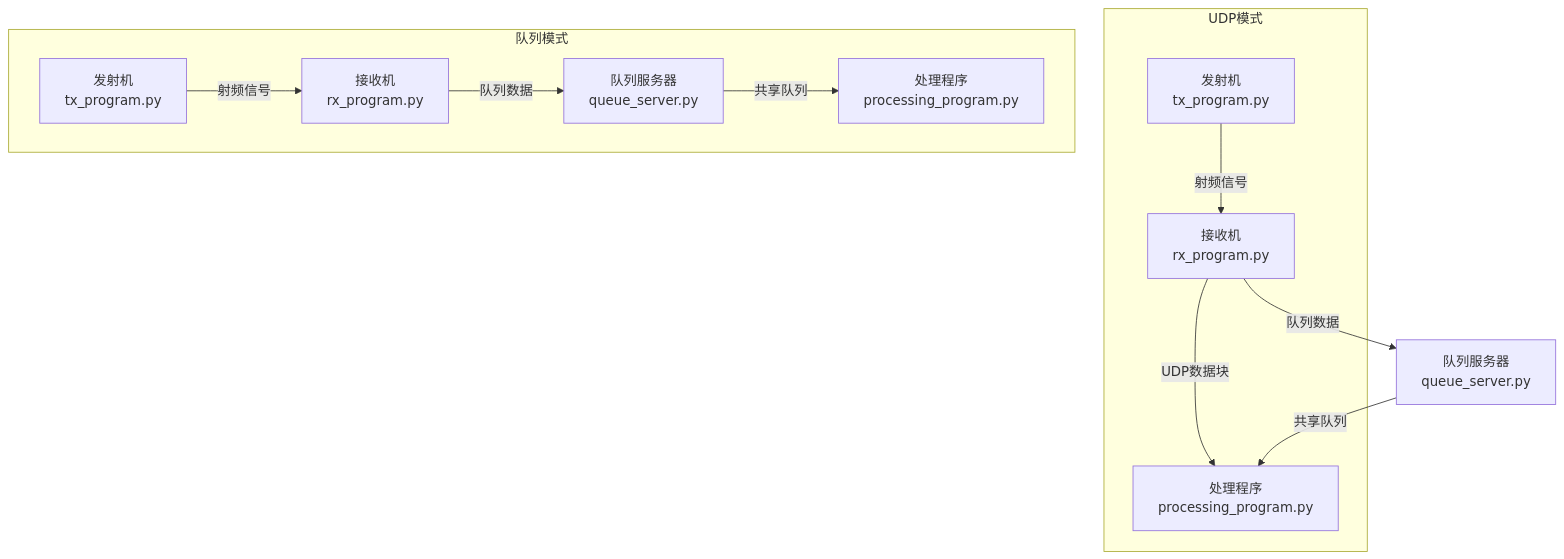
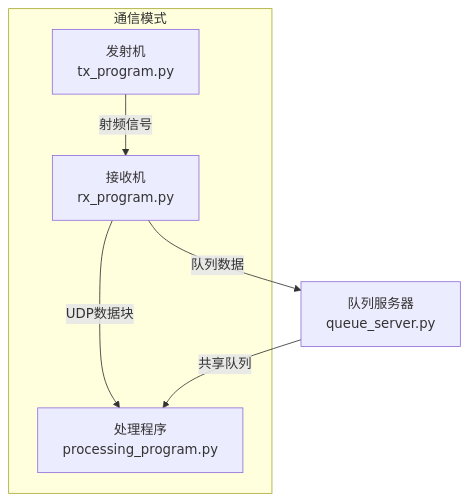
The diagram in README.md (zsy9512/usrp_multiprocess), drawn with Mermaid before and after one commit.

Commit message:
Refactor diagram to remove queue mode
Removed queue mode subgraph and updated communication mode.

````diff
--- a/README.md
+++ b/README.md
@@ -34,23 +34,13 @@
 ```mermaid
 flowchart TD
     A[发射机<br/>tx_program.py] -->|射频信号| B[接收机<br/>rx_program.py]
     B -->|UDP数据块| C[处理程序<br/>processing_program.py]
     B -->|队列数据| D[队列服务器<br/>queue_server.py]
     D -->|共享队列| C
-    E[发射机<br/>tx_program.py] -->|射频信号| F[接收机<br/>rx_program.py]
-    F -->|队列数据| G[队列服务器<br/>queue_server.py]
-    G -->|共享队列| H[处理程序<br/>processing_program.py]
-
-    subgraph "UDP模式"
+    subgraph "通信模式"
         A
         B
         C
     end
 
-    subgraph "队列模式"
-        E
-        F
-        G
-        H
-    end
 ```
````
